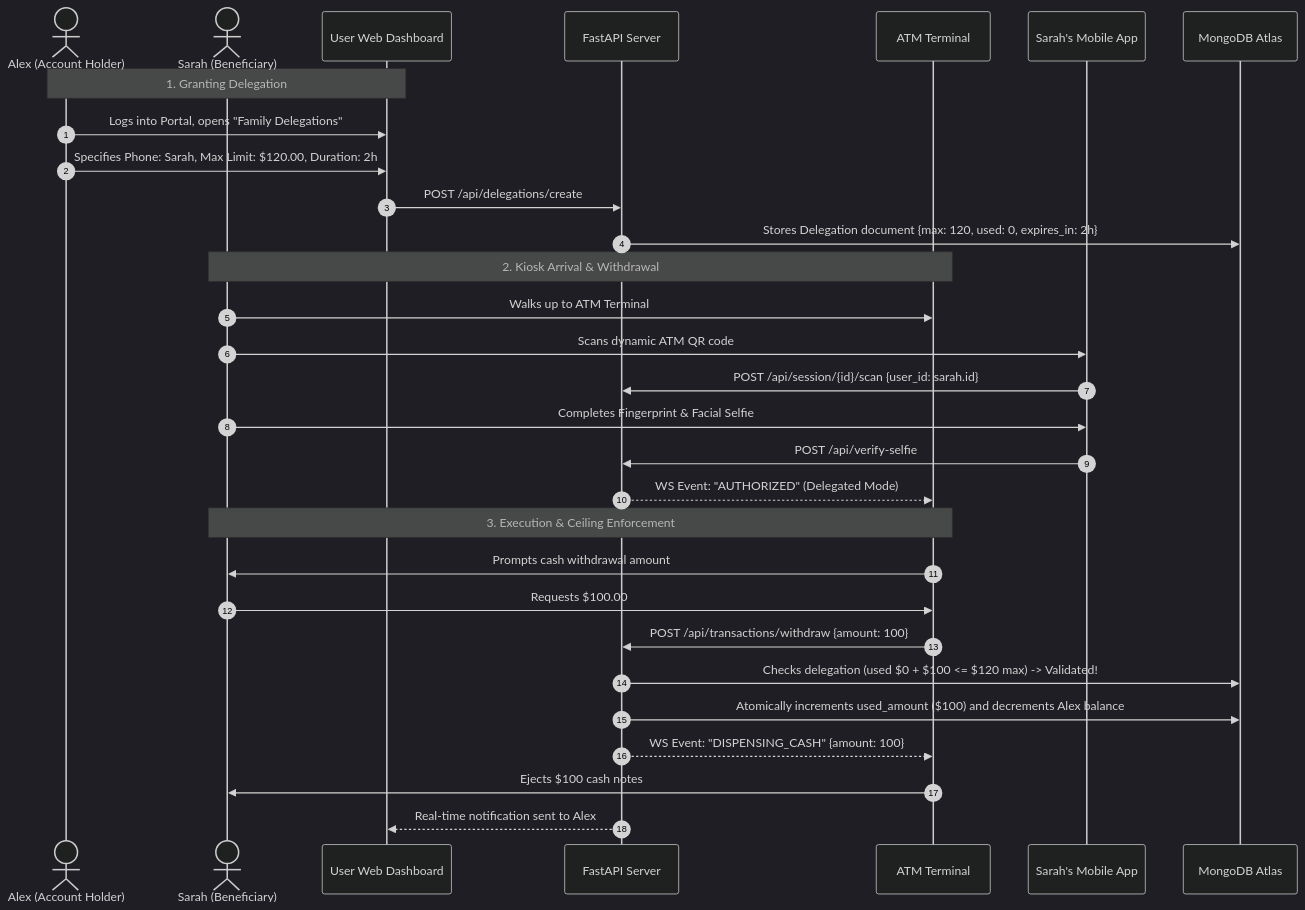
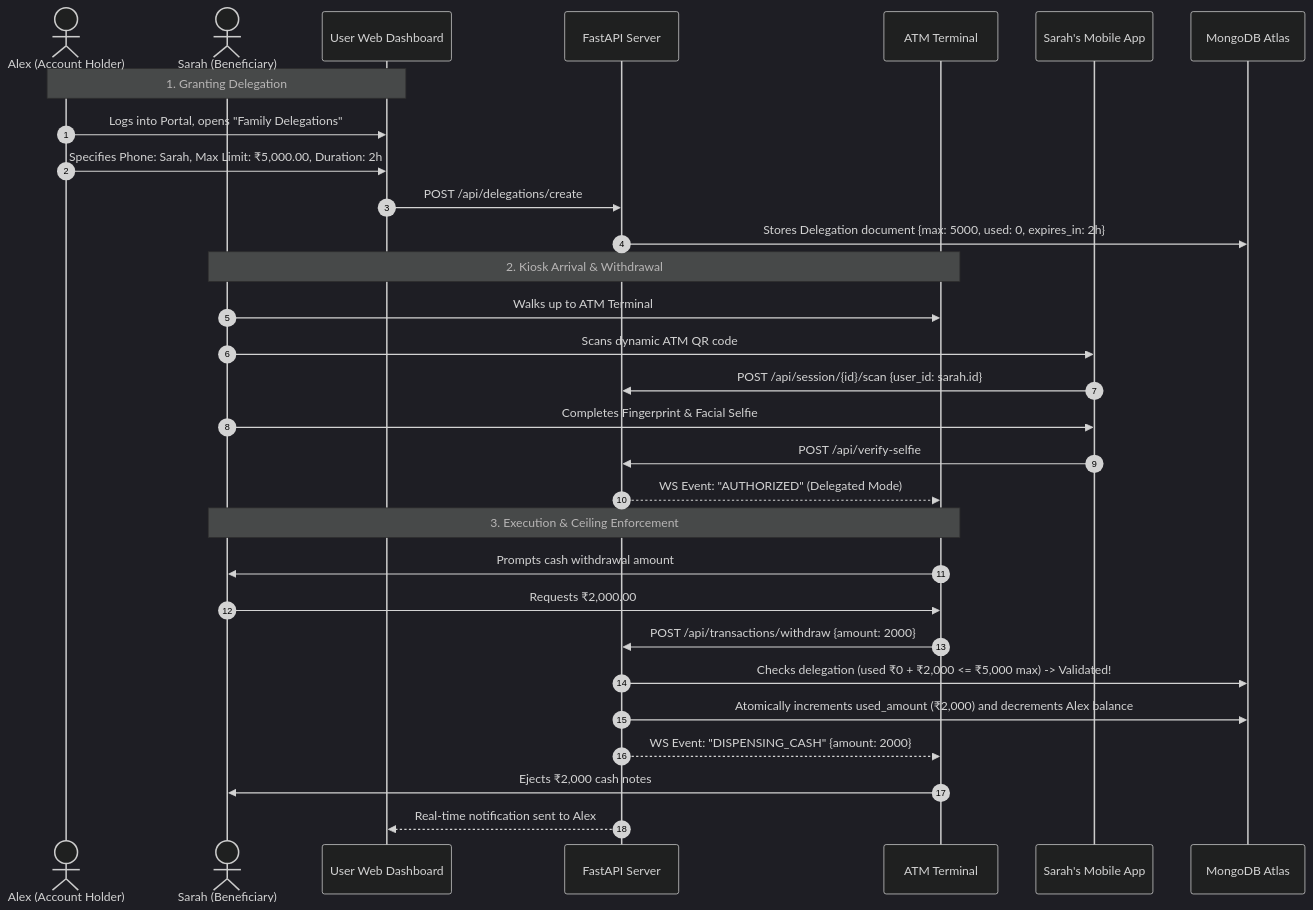
One commit to sujay-237/ATM-Kisok changed the second of 3 diagrams in WORKING.md. Above: the diagram before and after it, drawn with Mermaid (dark theme). The commit also changed other lines of this file and 11 other files, not shown here.

````diff
--- a/WORKING.md
+++ b/WORKING.md
@@ -101,35 +101,35 @@
 ```mermaid
 sequenceDiagram
     autonumber
     actor Alex as Alex (Account Holder)
     actor Sarah as Sarah (Beneficiary)
     participant Dashboard as User Web Dashboard
     participant Backend as FastAPI Server
     participant Kiosk as ATM Terminal
     participant SarahApp as Sarah's Mobile App
     participant DB as MongoDB Atlas
 
     Note over Alex,Dashboard: 1. Granting Delegation
     Alex->>Dashboard: Logs into Portal, opens "Family Delegations"
-    Alex->>Dashboard: Specifies Phone: Sarah, Max Limit: $120.00, Duration: 2h
+    Alex->>Dashboard: Specifies Phone: Sarah, Max Limit: ₹5,000.00, Duration: 2h
     Dashboard->>Backend: POST /api/delegations/create
-    Backend->>DB: Stores Delegation document {max: 120, used: 0, expires_in: 2h}
+    Backend->>DB: Stores Delegation document {max: 5000, used: 0, expires_in: 2h}
 
     Note over Sarah,Kiosk: 2. Kiosk Arrival & Withdrawal
     Sarah->>Kiosk: Walks up to ATM Terminal
     Sarah->>SarahApp: Scans dynamic ATM QR code
     SarahApp->>Backend: POST /api/session/{id}/scan {user_id: sarah.id}
     Sarah->>SarahApp: Completes Fingerprint & Facial Selfie
     SarahApp->>Backend: POST /api/verify-selfie
     Backend-->>Kiosk: WS Event: "AUTHORIZED" (Delegated Mode)
 
     Note over Sarah,Kiosk: 3. Execution & Ceiling Enforcement
     Kiosk->>Sarah: Prompts cash withdrawal amount
-    Sarah->>Kiosk: Requests $100.00
-    Kiosk->>Backend: POST /api/transactions/withdraw {amount: 100}
-    Backend->>DB: Checks delegation (used $0 + $100 <= $120 max) -> Validated!
-    Backend->>DB: Atomically increments used_amount ($100) and decrements Alex balance
-    Backend-->>Kiosk: WS Event: "DISPENSING_CASH" {amount: 100}
-    Kiosk->>Sarah: Ejects $100 cash notes
+    Sarah->>Kiosk: Requests ₹2,000.00
+    Kiosk->>Backend: POST /api/transactions/withdraw {amount: 2000}
+    Backend->>DB: Checks delegation (used ₹0 + ₹2,000 <= ₹5,000 max) -> Validated!
+    Backend->>DB: Atomically increments used_amount (₹2,000) and decrements Alex balance
+    Backend-->>Kiosk: WS Event: "DISPENSING_CASH" {amount: 2000}
+    Kiosk->>Sarah: Ejects ₹2,000 cash notes
     Backend-->>Dashboard: Real-time notification sent to Alex
 ```
````
